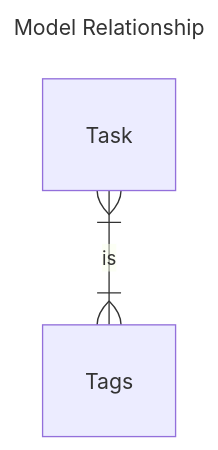
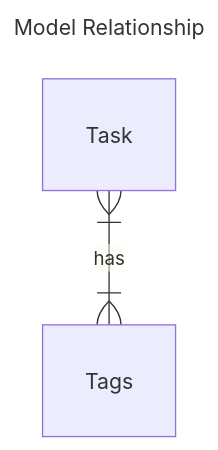
One commit to Valbou/vtaskr-backend changed the diagram in docs/global/tasks/index.md. Above: the diagram before and after it, drawn with Mermaid.

Commit message:
doc: typo #32

````diff
--- a/docs/global/tasks/index.md
+++ b/docs/global/tasks/index.md
@@ -15,7 +15,7 @@
 ```mermaid
 ---
 title: Model Relationship
 ---
 erDiagram
-    Task }|--|{ Tags: is
+    Task }|--|{ Tags: has
 ```
````
